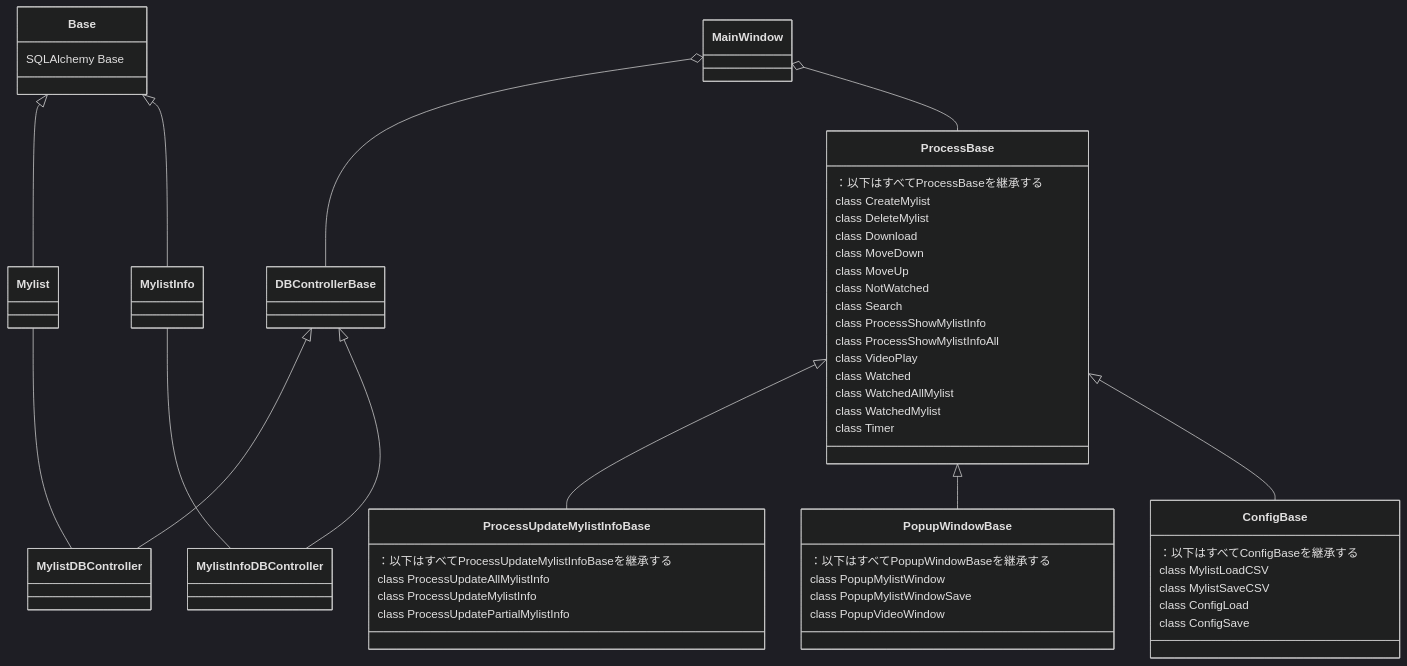
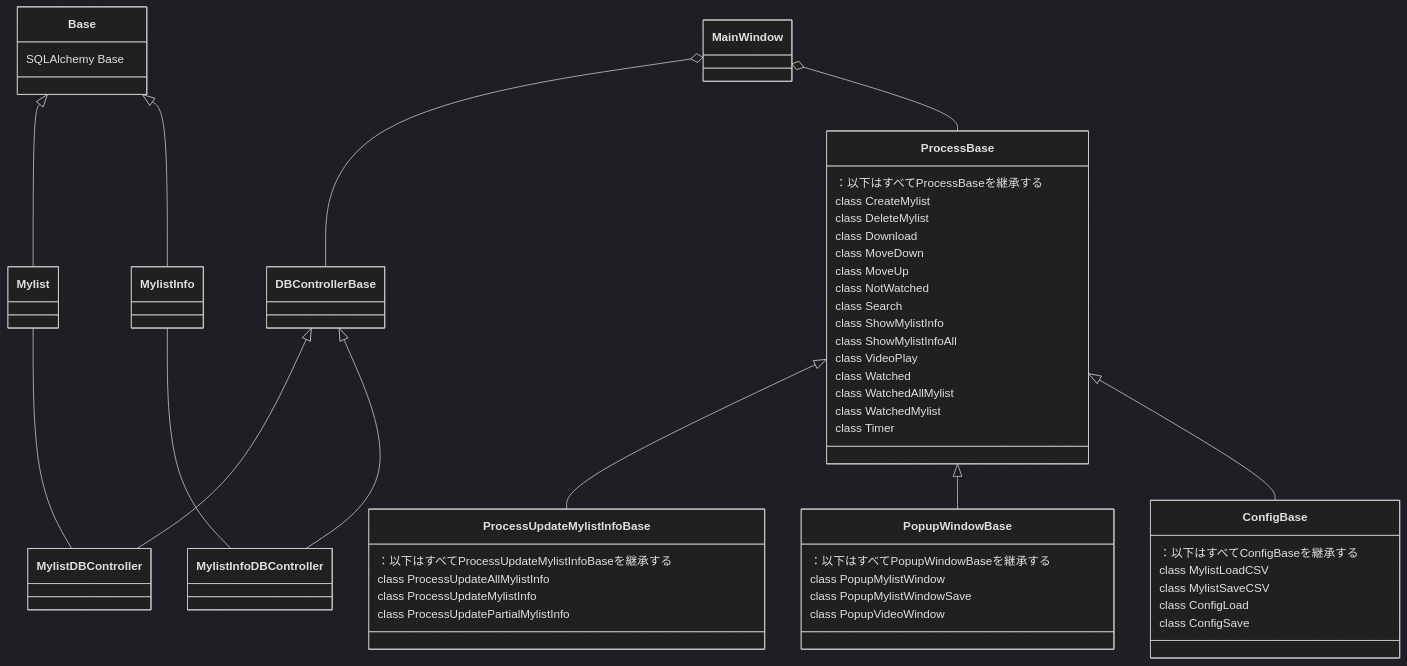
The diagram in mermaid/class.md (shift4869/NNMM), drawn with Mermaid (dark theme) before and after one commit. The commit also changed 7 other files, not shown here.

````diff
--- a/mermaid/class.md
+++ b/mermaid/class.md
@@ -1,68 +1,68 @@
 ```mermaid
 classDiagram
     class MainWindow
 
     class Base{
         SQLAlchemy Base
     }
     class Mylist
     class MylistInfo
 
     class DBControllerBase
     class MylistDBController
     class MylistInfoDBController
 
     class ProcessBase{
         ：以下はすべてProcessBaseを継承する
         class CreateMylist
         class DeleteMylist
         class Download
         class MoveDown
         class MoveUp
         class NotWatched
         class Search
-        class ProcessShowMylistInfo
-        class ProcessShowMylistInfoAll
+        class ShowMylistInfo
+        class ShowMylistInfoAll
         class VideoPlay
         class Watched
         class WatchedAllMylist
         class WatchedMylist
         class Timer
     }
 
     class ProcessUpdateMylistInfoBase{
         ：以下はすべてProcessUpdateMylistInfoBaseを継承する
         class ProcessUpdateAllMylistInfo
         class ProcessUpdateMylistInfo
         class ProcessUpdatePartialMylistInfo
     }
 
     class PopupWindowBase{
         ：以下はすべてPopupWindowBaseを継承する
         class PopupMylistWindow
         class PopupMylistWindowSave
         class PopupVideoWindow
     }
 
     class ConfigBase{
         ：以下はすべてConfigBaseを継承する
         class MylistLoadCSV
         class MylistSaveCSV
         class ConfigLoad
         class ConfigSave
     }
 
     MainWindow o-- DBControllerBase
     MainWindow o-- ProcessBase
 
     Base <|-- Mylist
     Base <|-- MylistInfo
     DBControllerBase <|-- MylistDBController
     DBControllerBase <|-- MylistInfoDBController
     Mylist -- MylistDBController
     MylistInfo -- MylistInfoDBController
 
     ProcessBase <|-- ProcessUpdateMylistInfoBase
     ProcessBase <|-- PopupWindowBase
     ProcessBase <|-- ConfigBase
 ```
````
